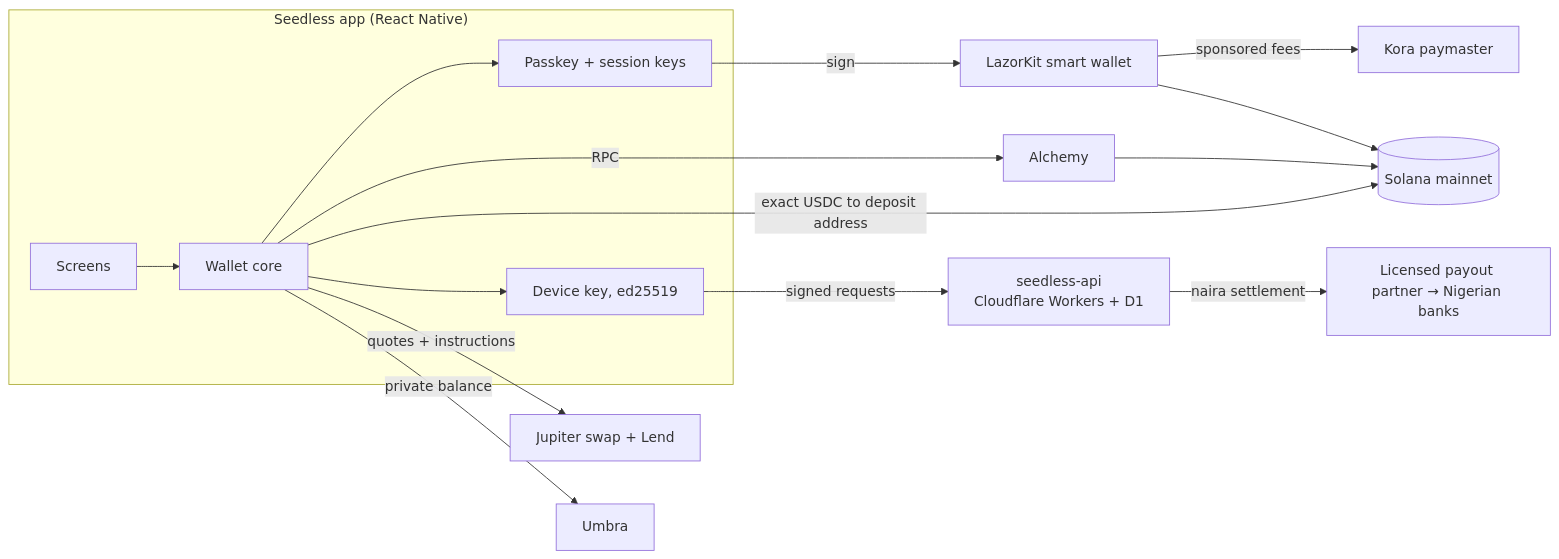
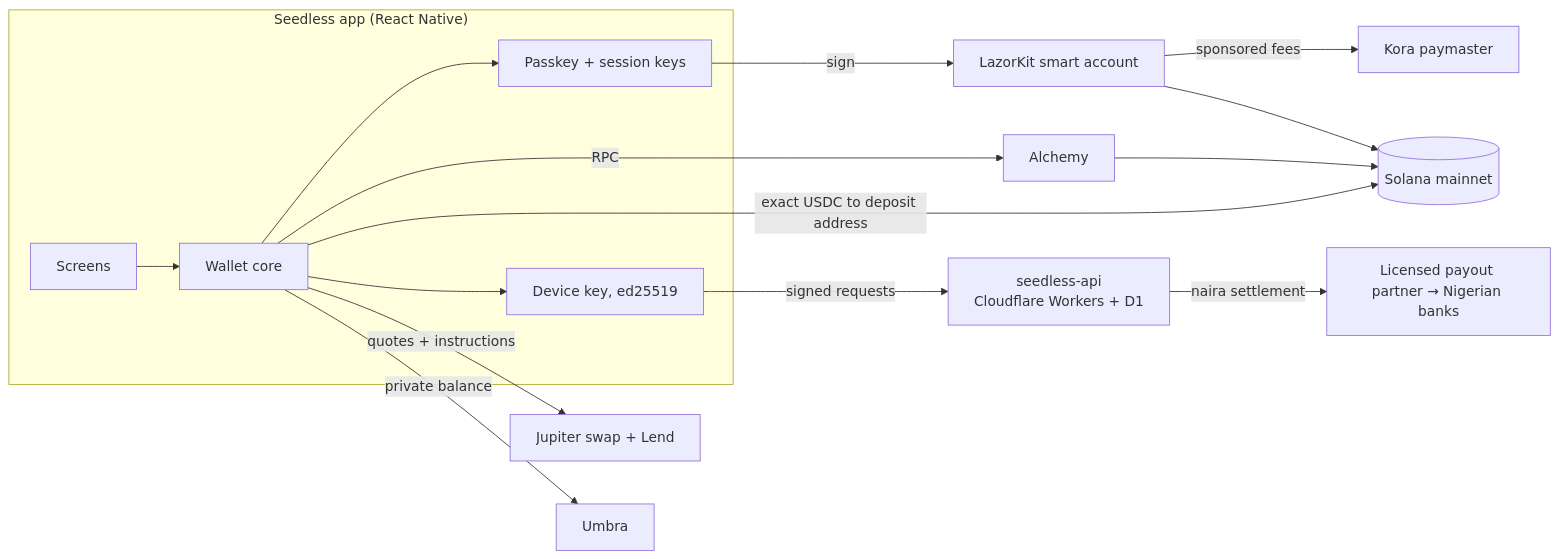
One commit to seedless-labs/.github changed the diagram in profile/README.md. Above: the diagram before and after it, drawn with Mermaid. The commit also changed other lines of this file, not shown here.

First line of the commit message:
Describe Seedless as a money app, not a wallet

````diff
--- a/profile/README.md
+++ b/profile/README.md
@@ -52,21 +52,21 @@
 ```mermaid
 flowchart LR
   subgraph Phone["Seedless app (React Native)"]
     UI[Screens] --> Core[Wallet core]
     Core --> PK[Passkey + session keys]
     Core --> DK[Device key, ed25519]
   end
 
-  PK -->|sign| LZ[LazorKit smart wallet]
+  PK -->|sign| LZ[LazorKit smart account]
   LZ -->|sponsored fees| KO[Kora paymaster]
   LZ --> SOL[(Solana mainnet)]
 
   Core -->|quotes + instructions| JUP[Jupiter swap + Lend]
   Core -->|private balance| UMB[Umbra]
   Core -->|RPC| RPC[Alchemy]
   RPC --> SOL
 
   DK -->|signed requests| API[seedless-api<br/>Cloudflare Workers + D1]
   API -->|naira settlement| BANK[Licensed payout partner → Nigerian banks]
   Core -->|exact USDC to deposit address| SOL
 ```
````
